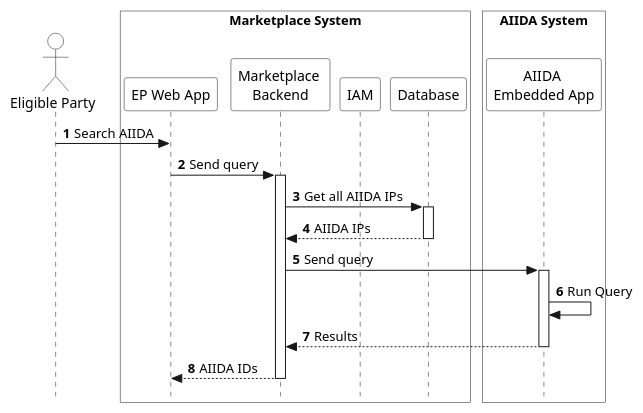
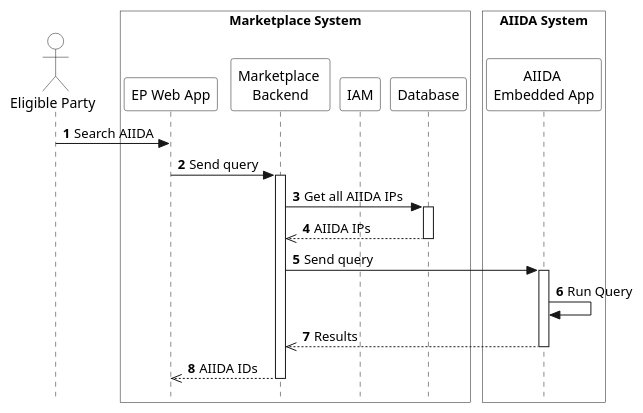
The diagram in arc42/marketplace/runtime-view/figures/marketplace-check-aiida.puml (eddie-energy/architecture), drawn with PlantUML before and after one commit. The commit also changed 11 other files, not shown here.

Commit message:
update the sequence diagram notation in the marketplace

```diff
--- a/arc42/marketplace/runtime-view/figures/marketplace-check-aiida.puml
+++ b/arc42/marketplace/runtime-view/figures/marketplace-check-aiida.puml
@@ -1,44 +1,44 @@
 @startuml marketplace-check-aiida
 
 skinparam style strictuml
 skinparam sequence {
   ParticipantBackgroundColor transparent
   ActorBackgroundColor transparent
 }
 
 autonumber
 !pragma teoz true
 
 actor "Eligible Party" as ep
 box "Marketplace System" #transparent
   participant "EP Web App" as app
   participant "Marketplace \nBackend" as marketplace
   participant "IAM" as iam
   participant "Database" as database
 end box
 
 box "AIIDA System" #transparent
   participant "AIIDA \nEmbedded App" as aiida
 end box
 
 ep -> app : Search AIIDA
 app -> marketplace : Send query
 activate marketplace
 marketplace -> database : Get all AIIDA IPs
 activate database
-database --> marketplace : AIIDA IPs
+database -->> marketplace : AIIDA IPs
 deactivate database
 marketplace -> aiida : Send query
 activate aiida
 aiida -> aiida : Run Query
-aiida --> marketplace : Results
+aiida -->> marketplace : Results
 deactivate aiida
-marketplace --> app : AIIDA IDs
+marketplace -->> app : AIIDA IDs
 deactivate marketplace
 
 
 
 
 
 
 @enduml
```
